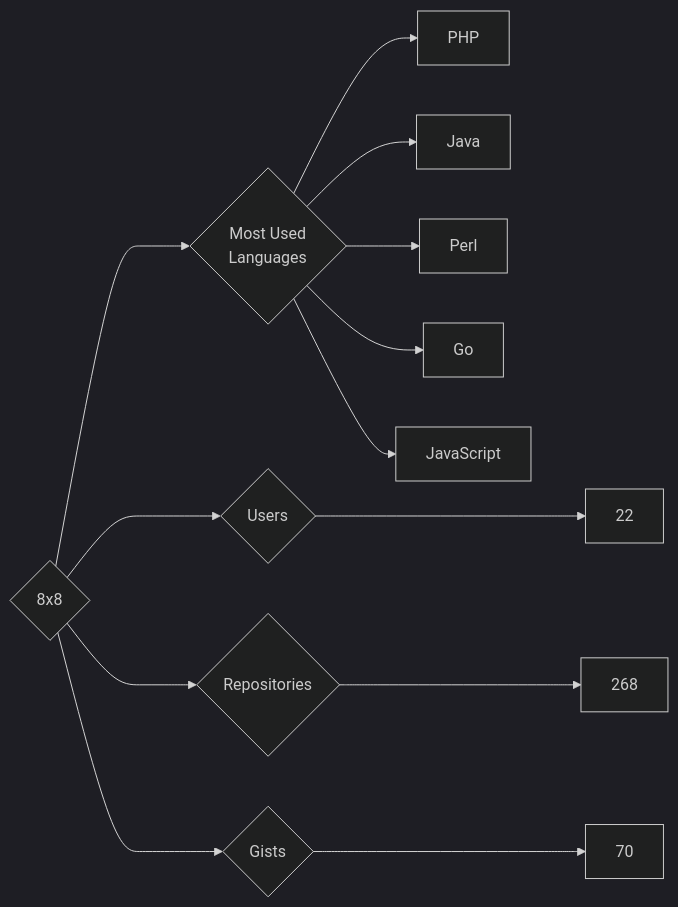
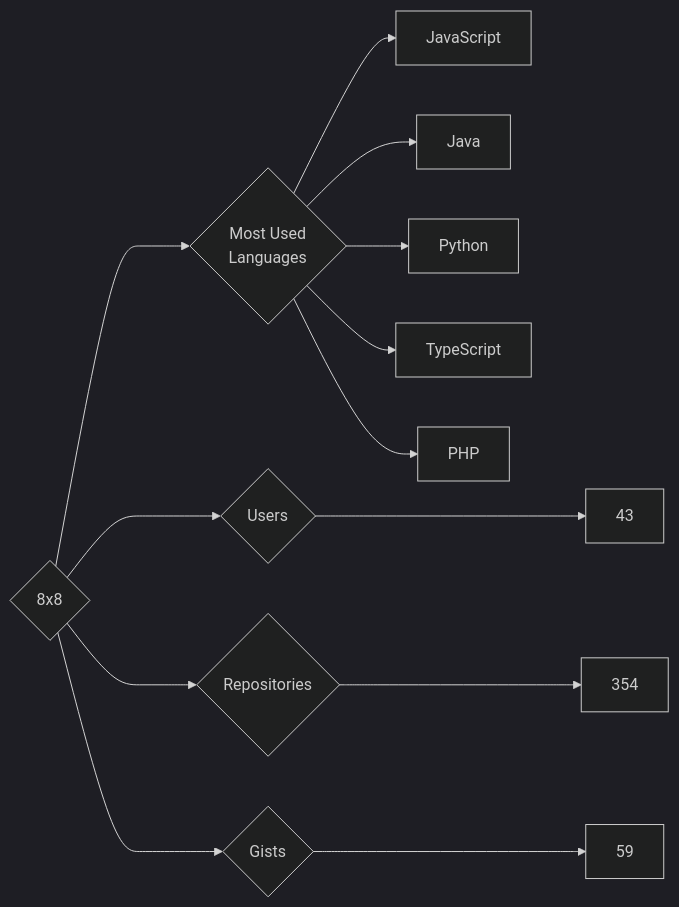
Before and after one commit to trickest/insiders: the diagram in targets/8x8/README.md, drawn with Mermaid (dark theme). The commit also changed 953 other files, not shown here.

````diff
--- a/targets/8x8/README.md
+++ b/targets/8x8/README.md
@@ -3,13 +3,13 @@
 ```mermaid
 graph LR
 COMPANY_NAME{8x8}
-COMPANY_NAME ---> U{Users} ---> UN[22]
-COMPANY_NAME ---> R{Repositories} ---> RN[268]
-COMPANY_NAME ---> G{Gists} ---> GN[70]
+COMPANY_NAME ---> U{Users} ---> UN[43]
+COMPANY_NAME ---> R{Repositories} ---> RN[354]
+COMPANY_NAME ---> G{Gists} ---> GN[59]
 COMPANY_NAME ---> ML{Most Used<br>Languages}
+ML --> JavaScript[JavaScript]
+ML --> Java[Java]
+ML --> Python[Python]
+ML --> TypeScript[TypeScript]
 ML --> PHP[PHP]
-ML --> Java[Java]
-ML --> Perl[Perl]
-ML --> Go[Go]
-ML --> JavaScript[JavaScript]
 ```
````
